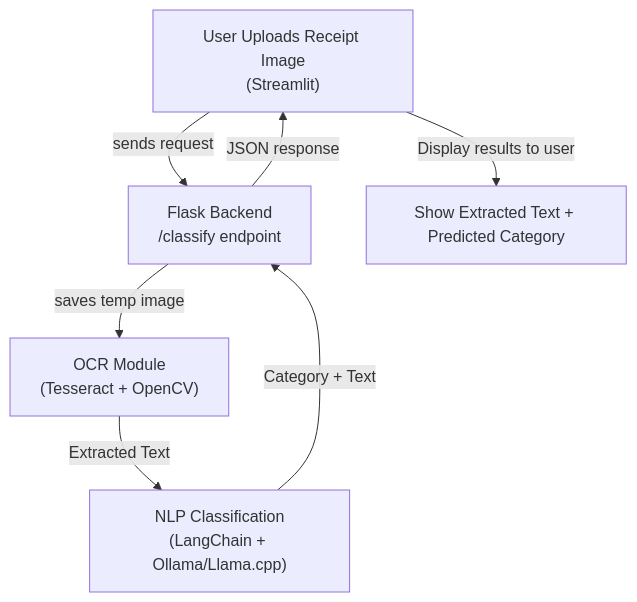
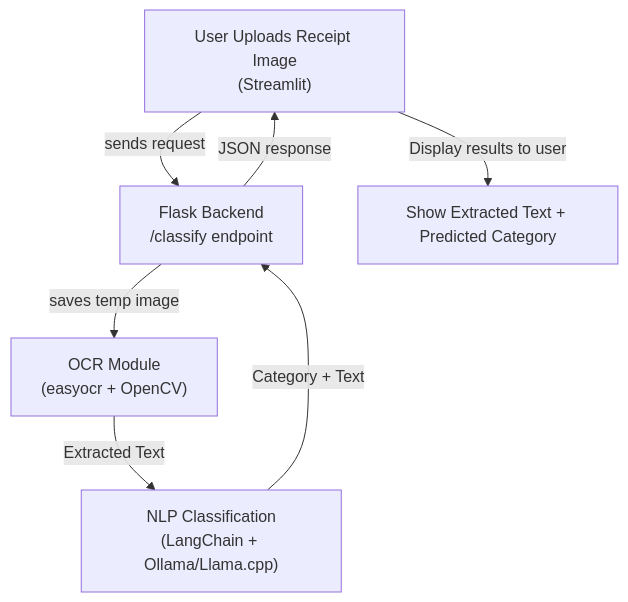
The diagram in README.md (vedant2863/deductai-ocr-nlp), drawn with Mermaid before and after one commit.

````diff
--- a/README.md
+++ b/README.md
@@ -26,10 +26,10 @@
 ```mermaid
 flowchart TD
     UI["User Uploads Receipt Image<br/>(Streamlit)"]
     UI -- "sends request" --> Flask["Flask Backend<br/>/classify endpoint"]
-    Flask -- "saves temp image" --> OCR["OCR Module<br/>(Tesseract + OpenCV)"]
+    Flask -- "saves temp image" --> OCR["OCR Module<br/>(easyocr + OpenCV)"]
     OCR -- "Extracted Text" --> NLP["NLP Classification<br/>(LangChain + Ollama/Llama.cpp)"]
     NLP -- "Category + Text" --> Flask
     Flask -- "JSON response" --> UI
     UI -- "Display results to user" --> Result["Show Extracted Text + Predicted Category"]
 ```
````
